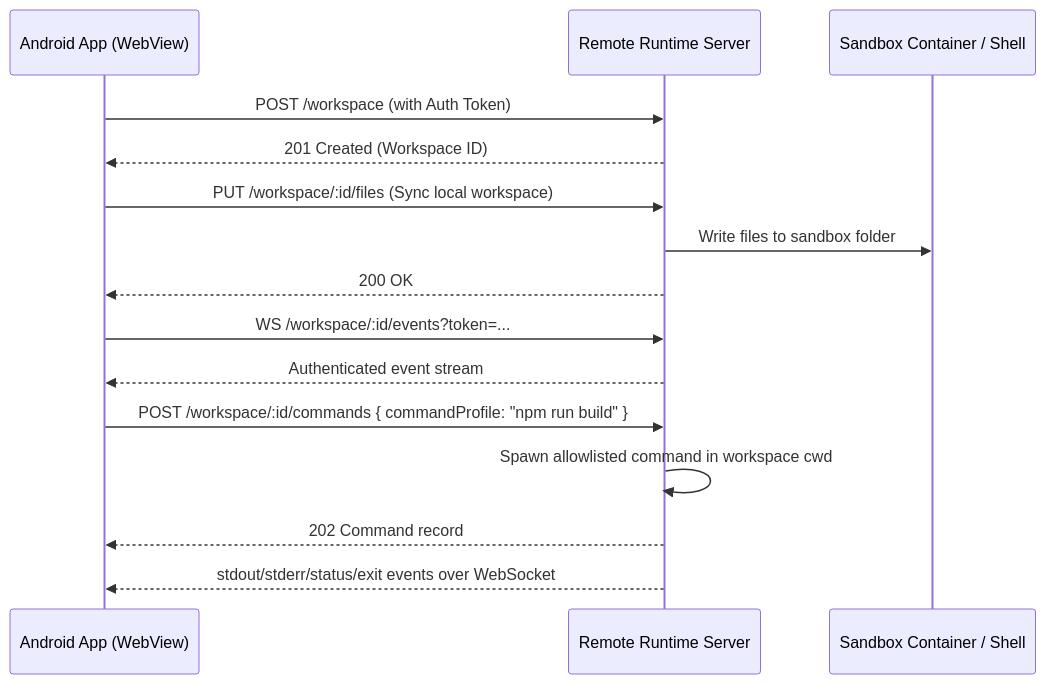
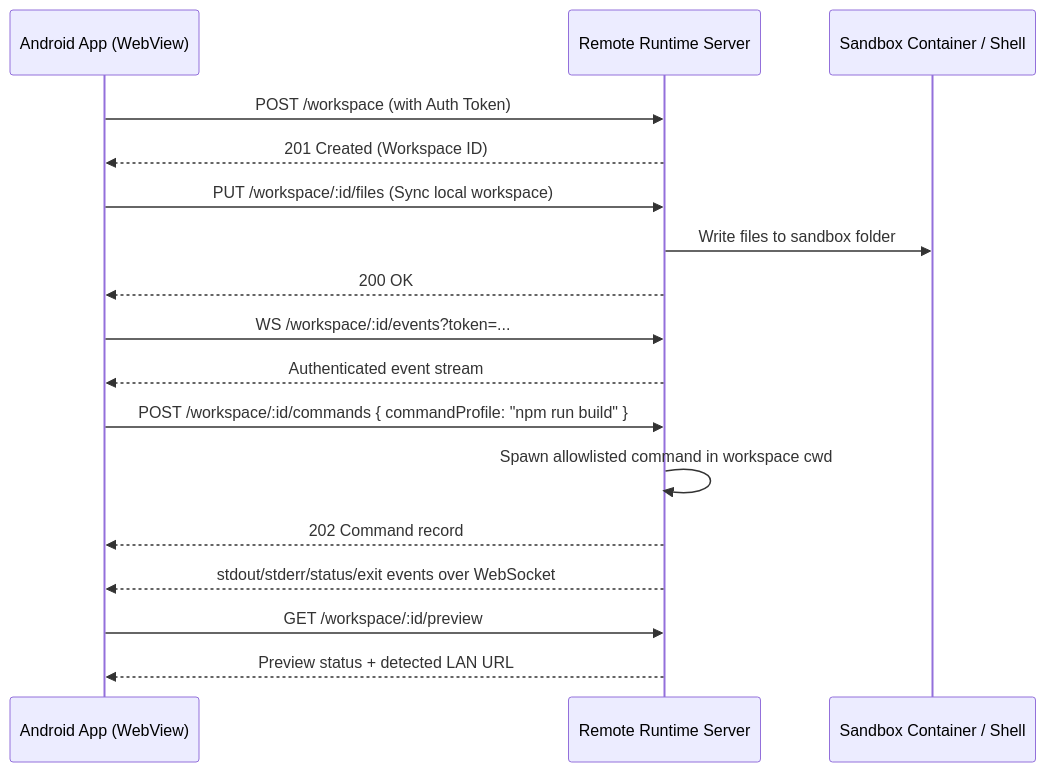
The diagram in docs/REMOTE_RUNTIME.md (mertgoevse-wq/bolt-diy-android), drawn with Mermaid before and after one commit. The commit also changed other lines of this file and 10 other files, not shown here.

Commit message:
feat: add remote runtime live preview status

````diff
--- a/docs/REMOTE_RUNTIME.md
+++ b/docs/REMOTE_RUNTIME.md
@@ -11,21 +11,24 @@
 ```mermaid
 sequenceDiagram
     participant App as Android App (WebView)
     participant Server as Remote Runtime Server
     participant Docker as Sandbox Container / Shell
 
     App->>Server: POST /workspace (with Auth Token)
     Server-->>App: 201 Created (Workspace ID)
     
     App->>Server: PUT /workspace/:id/files (Sync local workspace)
     Server->>Docker: Write files to sandbox folder
     Server-->>App: 200 OK
 
     App->>Server: WS /workspace/:id/events?token=...
     Server-->>App: Authenticated event stream
 
     App->>Server: POST /workspace/:id/commands { commandProfile: "npm run build" }
     Server->>Server: Spawn allowlisted command in workspace cwd
     Server-->>App: 202 Command record
     Server-->>App: stdout/stderr/status/exit events over WebSocket
+
+    App->>Server: GET /workspace/:id/preview
+    Server-->>App: Preview status + detected LAN URL
 ```
````
